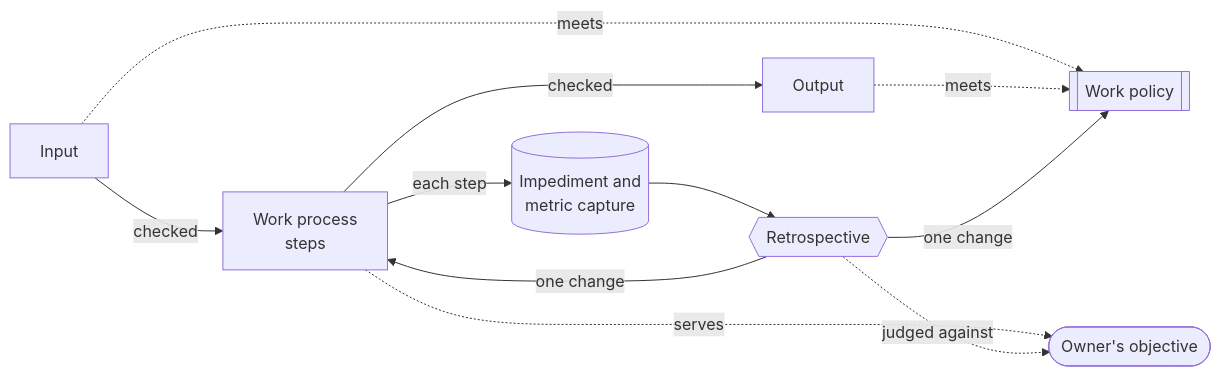
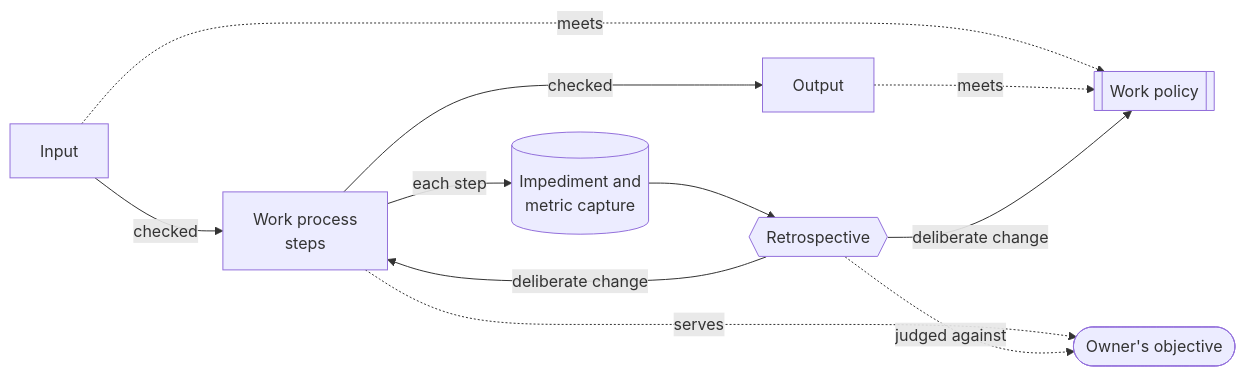
Before and after one commit to Delkrak/claude-coach: the diagram in plugins/devops-drillmaster/concept.md, drawn with Mermaid. The commit also changed other lines of this file, not shown here.

Commit message:
docs(devops-drillmaster): changes are deliberate and independently measurable

````diff
--- a/plugins/devops-drillmaster/concept.md
+++ b/plugins/devops-drillmaster/concept.md
@@ -81,20 +81,20 @@
 ```mermaid
 flowchart LR
     obj(["Owner's objective"])
     pol[["Work policy"]]
     input["Input"]
     proc["Work process<br/>steps"]
     output["Output"]
     cap[("Impediment and<br/>metric capture")]
     retro{{"Retrospective"}}
 
     input -->|checked| proc -->|checked| output
     input -. meets .-> pol
     output -. meets .-> pol
     proc -->|each step| cap
     cap --> retro
-    retro -->|one change| proc
-    retro -->|one change| pol
+    retro -->|deliberate change| proc
+    retro -->|deliberate change| pol
     proc -. serves .-> obj
     retro -. judged against .-> obj
 ```
````
